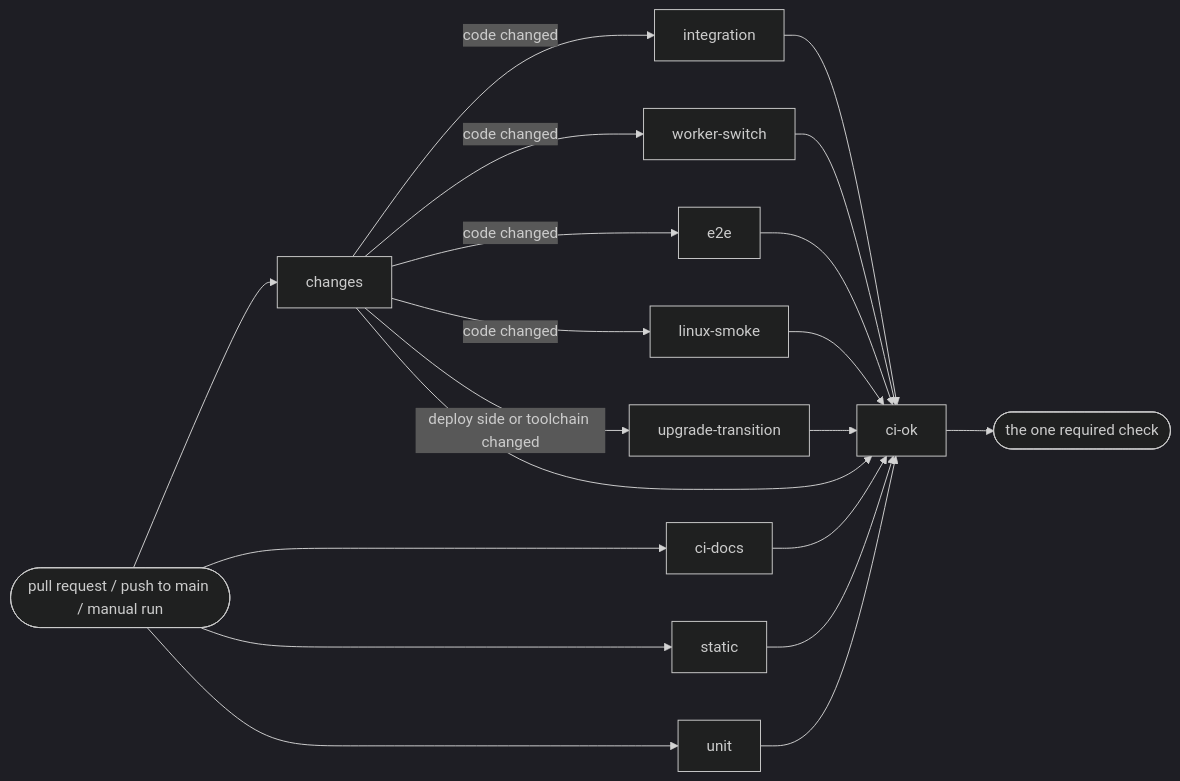
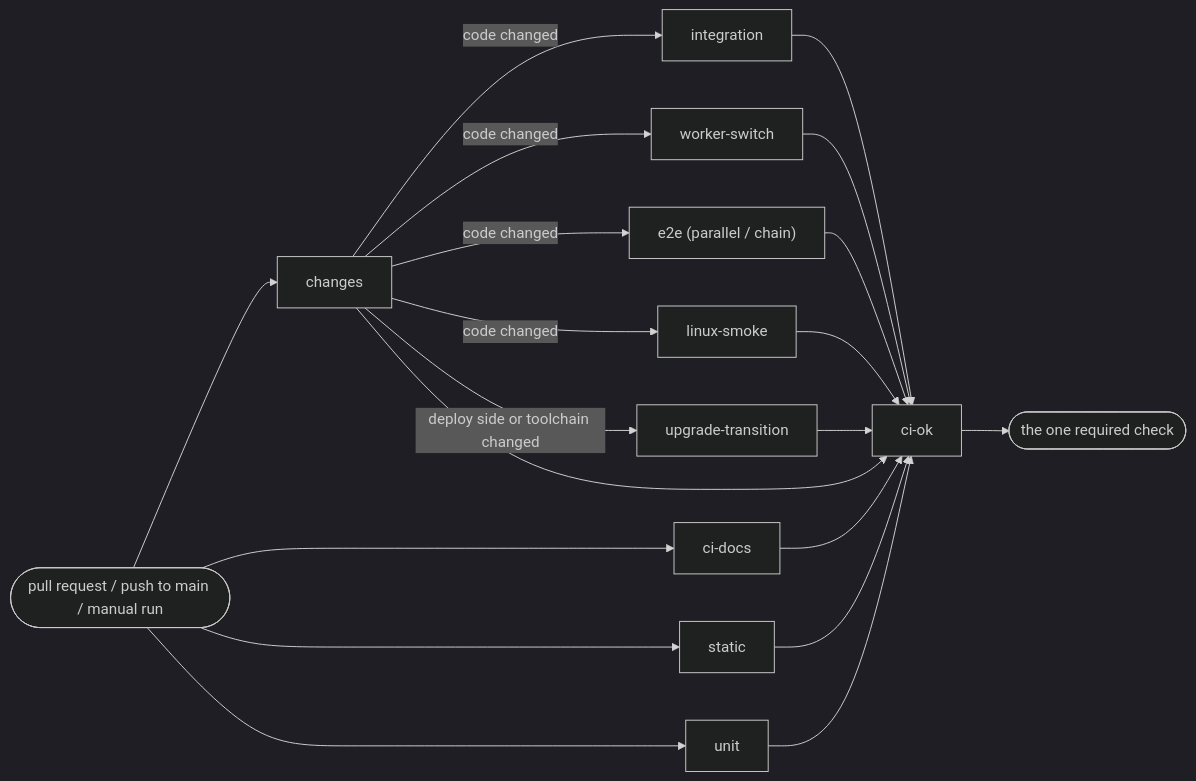
Before and after one commit to Joevonlong/job-radar: the diagram in docs/ci.md, drawn with Mermaid (dark theme). The commit also changed other lines of this file and 7 other files, not shown here.

````diff
--- a/docs/ci.md
+++ b/docs/ci.md
@@ -20,22 +20,22 @@
 ```mermaid
 flowchart LR
   PR([pull request / push to main / manual run]) --> changes
   PR --> ci-docs
   PR --> static
   PR --> unit
   changes -- code changed --> integration
   changes -- code changed --> worker-switch
-  changes -- code changed --> e2e
+  changes -- code changed --> e2e["e2e (parallel / chain)"]
   changes -- code changed --> linux-smoke
   changes -- deploy side or toolchain changed --> upgrade-transition
   changes --> ci-ok
   ci-docs --> ci-ok
   static --> ci-ok
   unit --> ci-ok
   integration --> ci-ok
   worker-switch --> ci-ok
   e2e --> ci-ok
   linux-smoke --> ci-ok
   upgrade-transition --> ci-ok
   ci-ok --> merge([the one required check])
 ```
````
